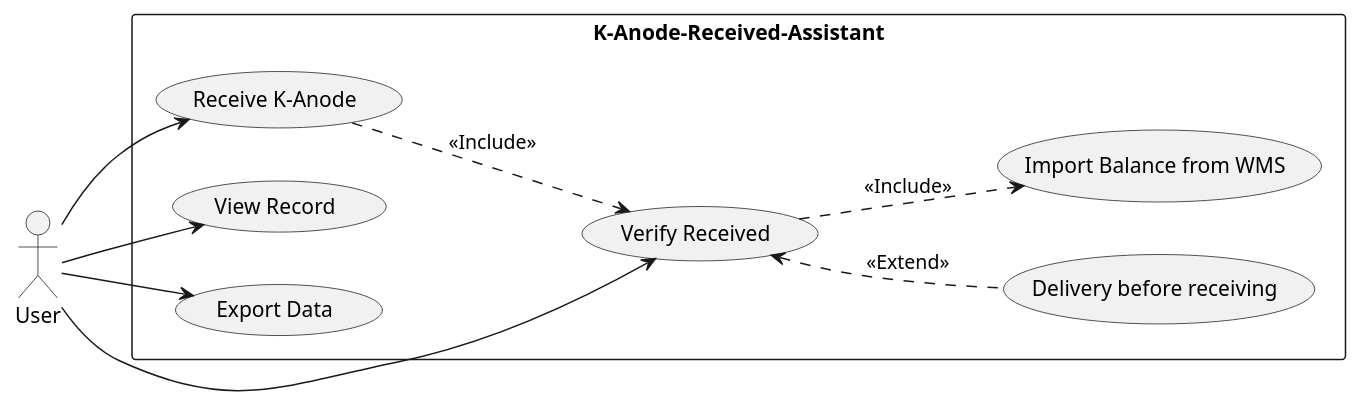
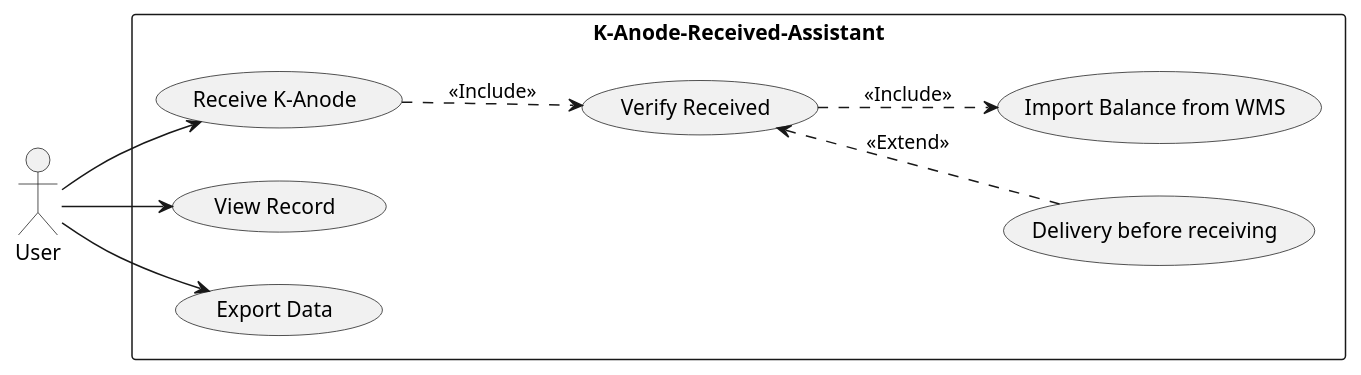
Before and after one commit to Shinodari/K-Anode-Received-Assistant-Design: the diagram in UML/Concept.puml, drawn with PlantUML. The commit also changed 1 other file, not shown here.

Commit message:
usecase:remove relationship user to verify

```diff
--- a/UML/Concept.puml
+++ b/UML/Concept.puml
@@ -1,21 +1,20 @@
 @startuml UseCase
 left to right direction
 rectangle K-Anode-Received-Assistant {
     usecase "Receive K-Anode" as receive
     usecase "Verify Received" as verify
     usecase "Delivery before receiving" as delivery
     usecase "View Record" as view
     usecase "Export Data" as export
     usecase "Import Balance from WMS" as import
 }
 User --> receive
-User --> verify
 
 receive ..> verify : <<Include>>
 verify ..> import : <<Include>>
 
 verify <.. delivery : <<Extend>>
 
 User --> view
 User --> export
 @enduml
```
